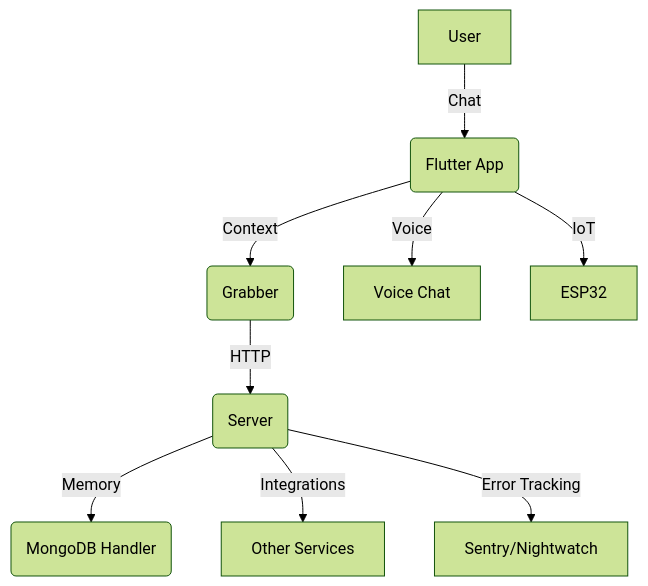
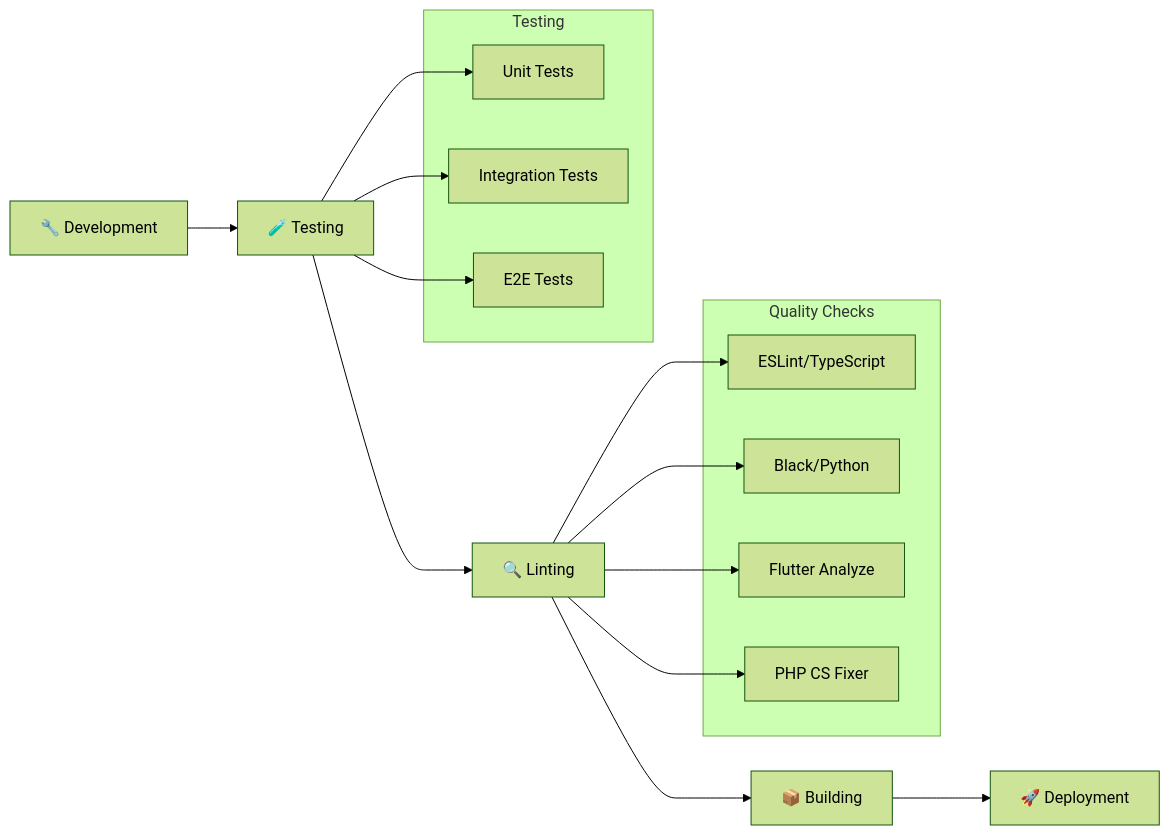
One commit to TheusHen/roommate changed the third of 3 diagrams in README.md. Above: the diagram before and after it, drawn with Mermaid (forest theme). The commit also changed other lines of this file and 1 other file, not shown here.

Commit message:
Changes before error encountered

````diff
--- a/README.md
+++ b/README.md
@@ -16,11 +219,28 @@
 ```mermaid
-graph TD
-    A[User] -->|Chat| B(Flutter App)
-    B -->|Context| C(Grabber)
-    C -->|HTTP| D(Server)
-    D -->|Memory| E(MongoDB Handler)
-    D -->|Integrations| F[Other Services]
-    B -->|Voice| G[Voice Chat]
-    D -->|Error Tracking| H[Sentry/Nightwatch]
-    B -->|IoT| I[ESP32]
+graph LR
+    A[🔧 Development] --> B[🧪 Testing]
+    B --> C[🔍 Linting]
+    C --> D[📦 Building]
+    D --> E[🚀 Deployment]
+    
+    subgraph "Testing"
+        F[Unit Tests]
+        G[Integration Tests]
+        H[E2E Tests]
+    end
+    
+    subgraph "Quality Checks"
+        I[ESLint/TypeScript]
+        J[Black/Python]
+        K[Flutter Analyze]
+        L[PHP CS Fixer]
+    end
+    
+    B --> F
+    B --> G
+    B --> H
+    C --> I
+    C --> J
+    C --> K
+    C --> L
 ```
````
